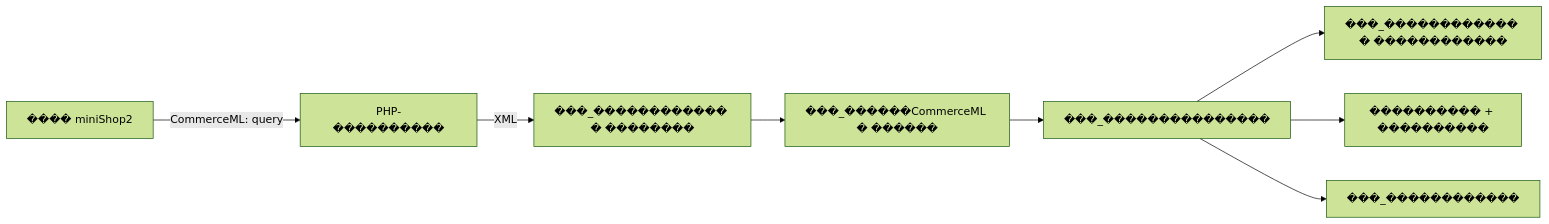
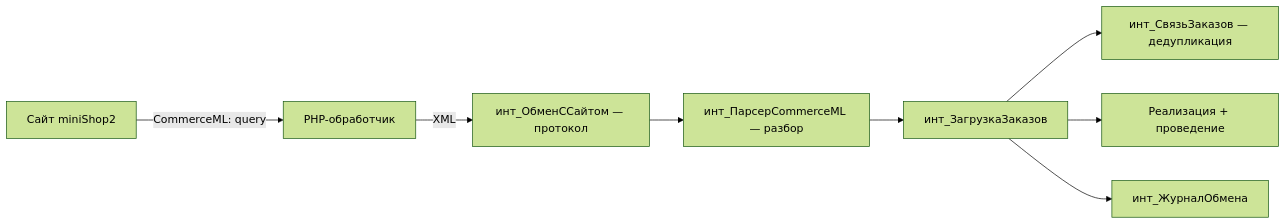
One commit to IgorSmirnov1162/1c-modx-integration changed the diagram in README.md. Above: the diagram before and after it, drawn with Mermaid (forest theme). The commit also changed other lines of this file and 1 other file, not shown here.

Commit message:
Перезалив README.md и docs/architecture.md — финальные версии

````diff
--- a/README.md
+++ b/README.md
@@ -27,10 +27,10 @@
 ```mermaid
 flowchart LR
-    A[���� miniShop2] -->|CommerceML: query| B[PHP-����������]
-    B -->|XML| C[���_������������ � ��������]
-    C --> D[���_������CommerceML � ������]
-    D --> E[���_���������������]
-    E --> F[���_������������ � ������������]
-    E --> G[���������� + ����������]
-    E --> H[���_������������]
+    A[Сайт miniShop2] -->|CommerceML: query| B[PHP-обработчик]
+    B -->|XML| C[инт_ОбменССайтом — протокол]
+    C --> D[инт_ПарсерCommerceML — разбор]
+    D --> E[инт_ЗагрузкаЗаказов]
+    E --> F[инт_СвязьЗаказов — дедупликация]
+    E --> G[Реализация + проведение]
+    E --> H[инт_ЖурналОбмена]
 ```
````
